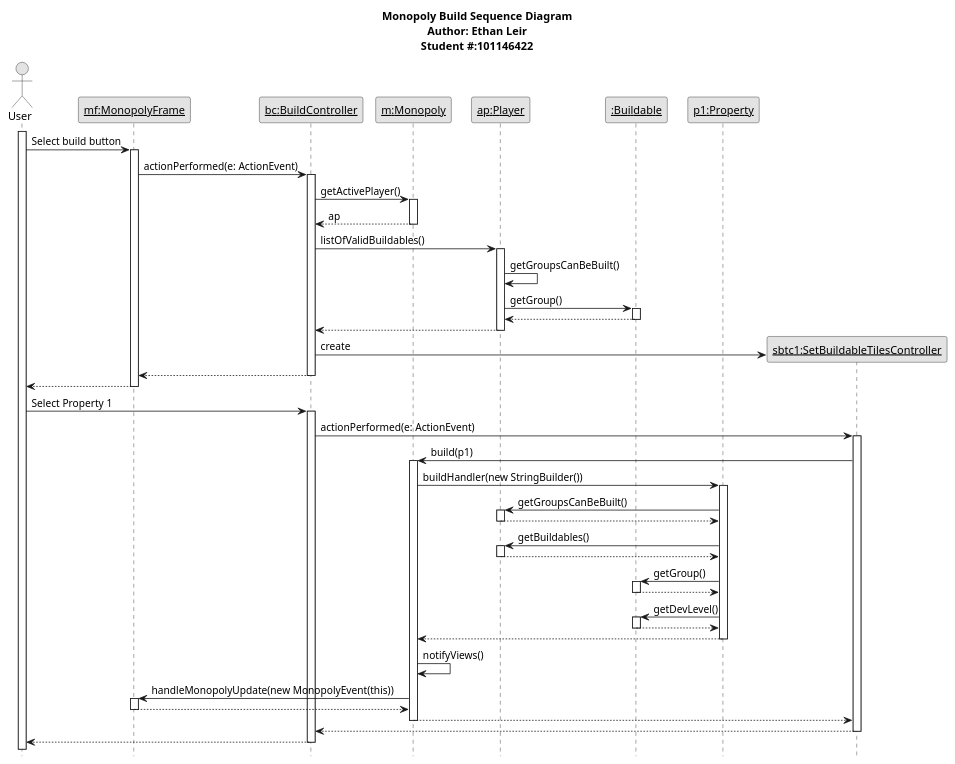
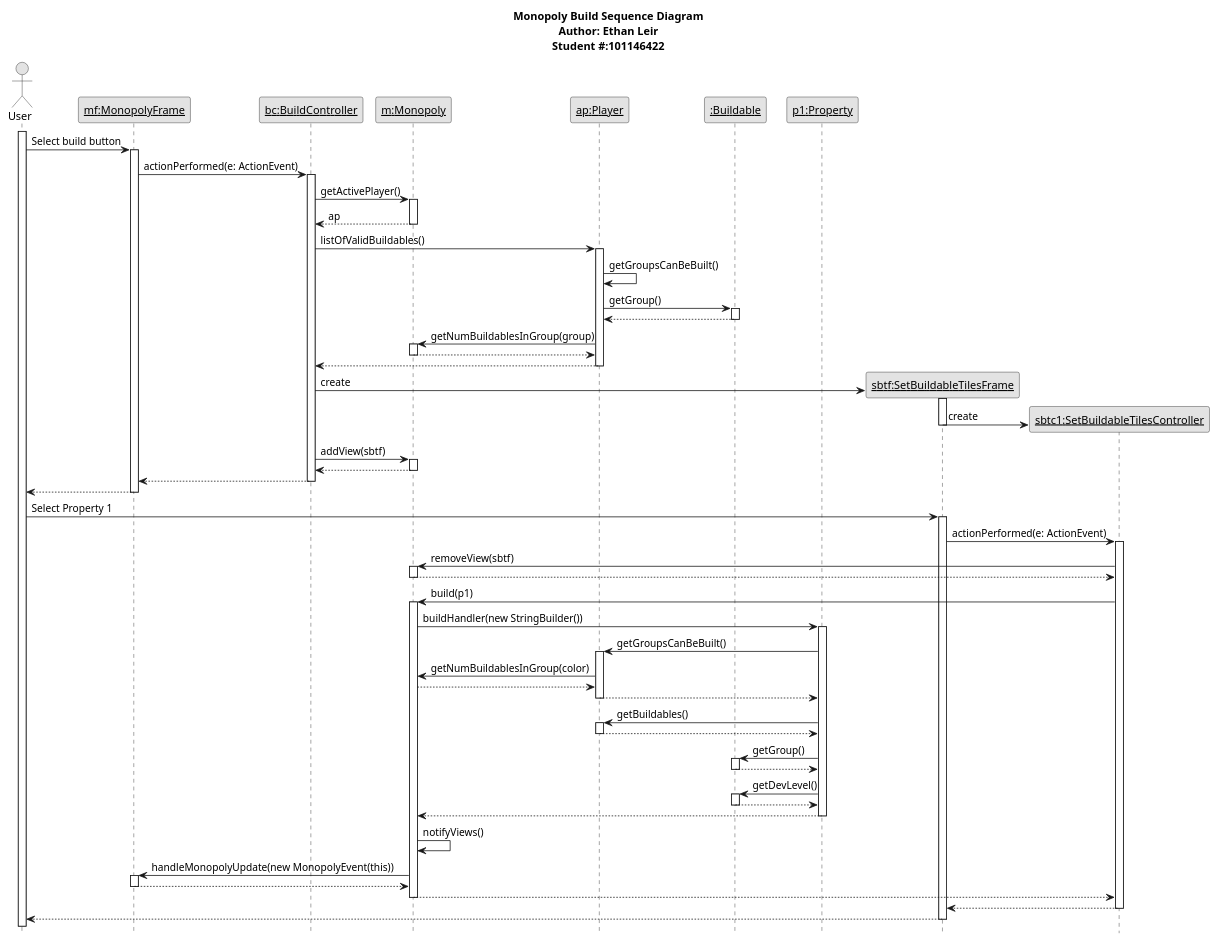
The diagram in src/Monopoly Build Sequence Diagram.puml (MiniEinsteinD/MonopolyGame), drawn with PlantUML before and after one commit. The commit also changed 1 other file, not shown here.

Commit message:
Roll and Build Sequence Diagrams
Finished/updated both sequence diagrams.

```diff
--- a/src/Monopoly Build Sequence Diagram.puml
+++ b/src/Monopoly Build Sequence Diagram.puml
@@ -1,87 +1,106 @@
 @startuml Monopoly Build Sequence Diagram
 
 title Monopoly Build Sequence Diagram\nAuthor: Ethan Leir\nStudent #:101146422
 
 hide footbox
 skinparam monochrome true
 
 actor User as User
 participant "<u>mf:MonopolyFrame" as mf
 participant "<u>bc:BuildController" as bc
 participant "<u>m:Monopoly" as m
 participant "<u>ap:Player" as ap
 participant "<u>:Buildable" as b
 participant "<u>p1:Property" as p1
+participant "<u>sbtf:SetBuildableTilesFrame" as sbtf
 participant "<u>sbtc1:SetBuildableTilesController" as sbtc
 
 activate User
 User -> mf: Select build button
 activate mf
 
 mf -> bc: actionPerformed(e: ActionEvent)
 activate bc
 
 bc -> m: getActivePlayer()
 activate m
 m --> bc: ap
 deactivate m
 bc -> ap: listOfValidBuildables()
 activate ap
 ap -> ap: getGroupsCanBeBuilt()
 ap -> b: getGroup()
 activate b
 b --> ap
 deactivate b
+ap -> m: getNumBuildablesInGroup(group)
+activate m
+m --> ap
+deactivate m
 ap --> bc
 deactivate ap
-bc -> sbtc ** : create
+bc -> sbtf ** : create
+activate sbtf
+sbtf -> sbtc ** : create
+deactivate sbtf
+
+bc -> m : addView(sbtf)
+activate m
+m --> bc
+deactivate m
 
 bc --> mf
 deactivate bc
 mf --> User
 deactivate mf
 
-User -> bc: Select Property 1
-activate bc
-bc -> sbtc: actionPerformed(e: ActionEvent)
+User -> sbtf: Select Property 1
+activate sbtf
+sbtf -> sbtc: actionPerformed(e: ActionEvent)
 activate sbtc
 
+sbtc -> m: removeView(sbtf)
+activate m
+m --> sbtc
+deactivate m
 sbtc -> m: build(p1)
 activate m
 m -> p1: buildHandler(new StringBuilder())
 activate p1
 
 p1 -> ap: getGroupsCanBeBuilt()
 activate ap
+ap -> m: getNumBuildablesInGroup(color)
+m --> ap
 ap --> p1
 deactivate ap
 p1 -> ap: getBuildables()
 activate ap
 ap --> p1
 deactivate ap
 p1 -> b: getGroup()
 activate b
 b --> p1
 deactivate b
 p1 -> b: getDevLevel()
 activate b
 b --> p1
 deactivate b
 
 p1 --> m
 deactivate p1
 m -> m: notifyViews()
 m -> mf: handleMonopolyUpdate(new MonopolyEvent(this))
 activate mf
 mf --> m
 deactivate mf
 m --> sbtc
 deactivate m
 
-sbtc --> bc
+sbtc --> sbtf
 deactivate sbtc
 
-bc --> User
-deactivate bc
+sbtf --> User
+deactivate sbtf
 
 @enduml
```
